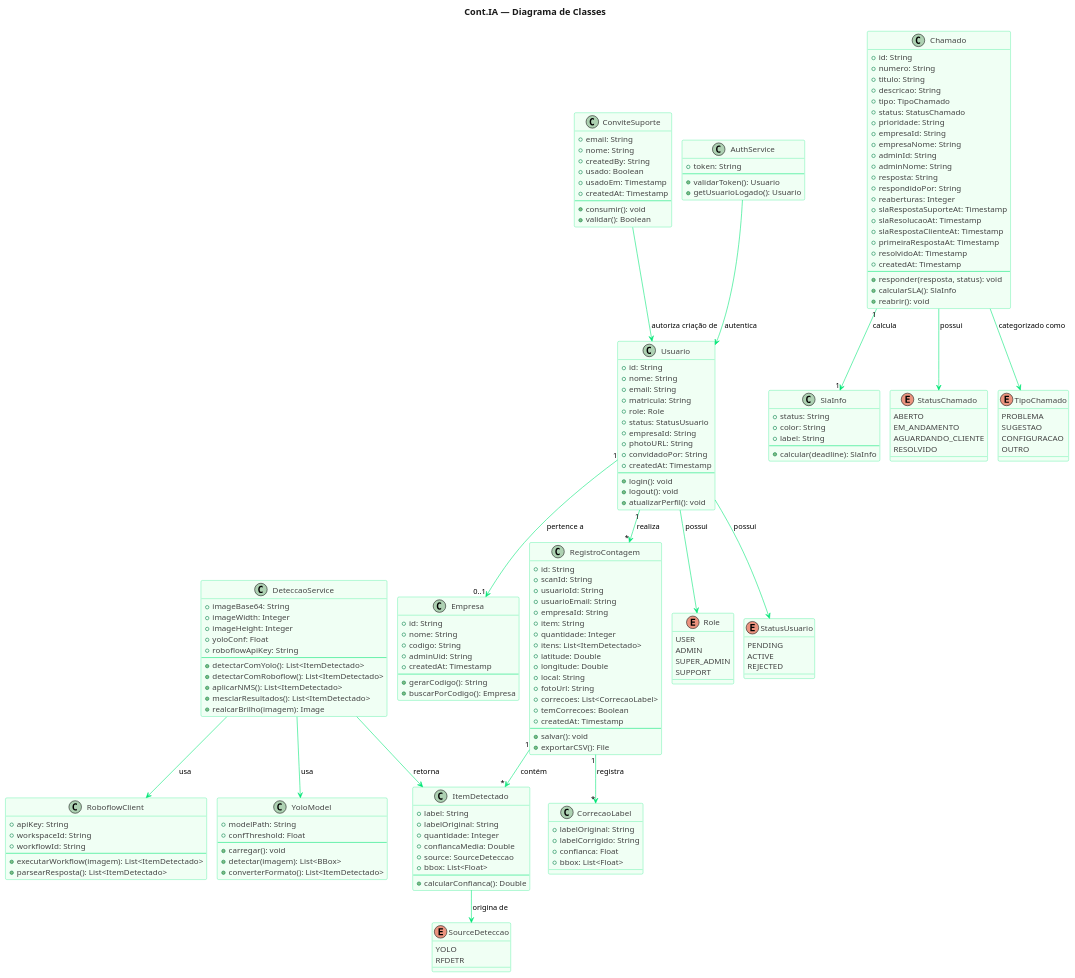
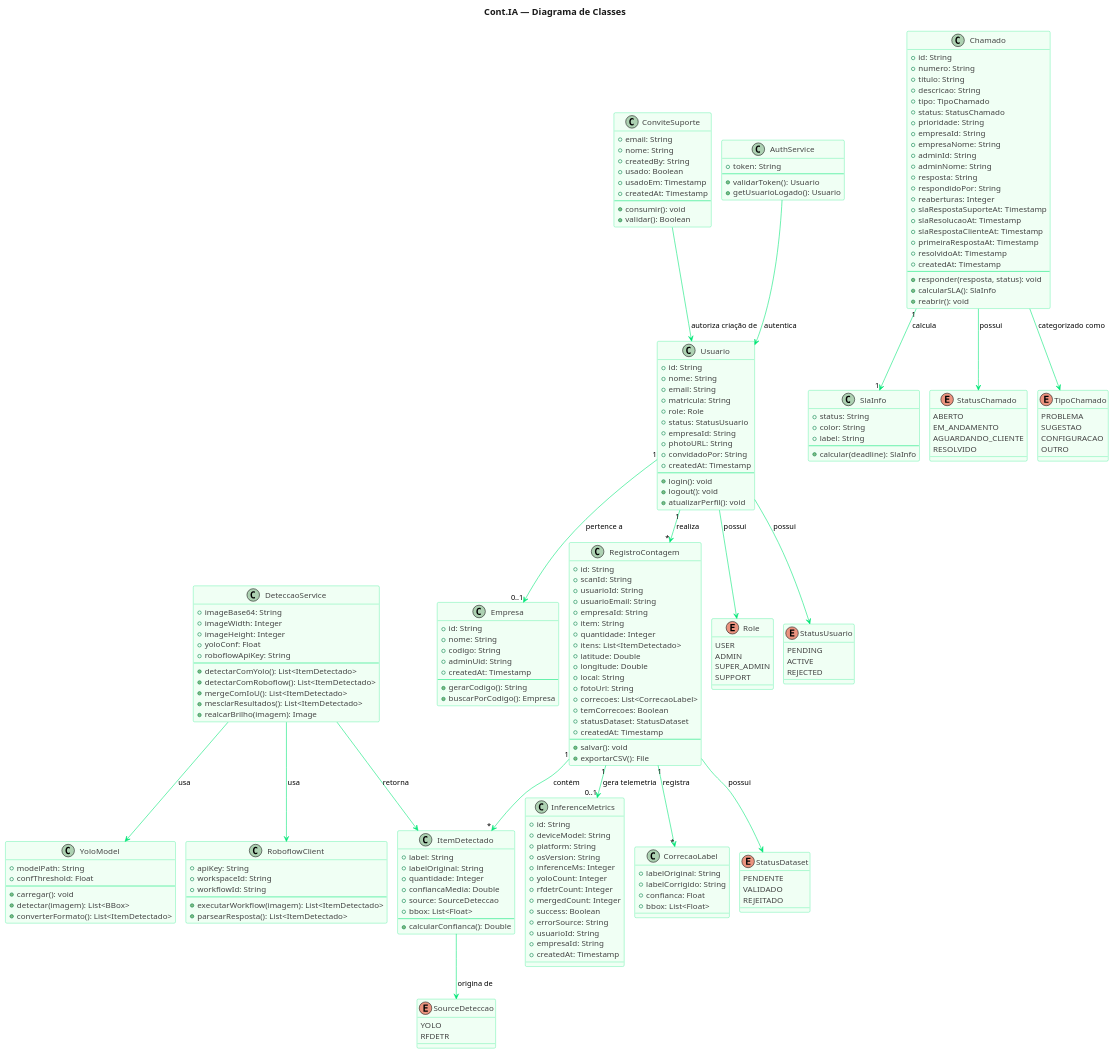
Before and after one commit to JuBertoldo/cont-ia: the diagram in docs/diagramas/03_classes.puml, drawn with PlantUML. The commit also changed 6 other files, not shown here.

First line of the commit message:
docs(diagramas): atualizar 7 diagramas para refletir estado real do código

```diff
--- a/docs/diagramas/03_classes.puml
+++ b/docs/diagramas/03_classes.puml
@@ -56,6 +56,7 @@
     +fotoUrl: String
     +correcoes: List<CorrecaoLabel>
     +temCorrecoes: Boolean
+    +statusDataset: StatusDataset
     +createdAt: Timestamp
     --
     +salvar(): void
@@ -89,7 +90,7 @@
     --
     +detectarComYolo(): List<ItemDetectado>
     +detectarComRoboflow(): List<ItemDetectado>
-    +aplicarNMS(): List<ItemDetectado>
+    +mergeComIoU(): List<ItemDetectado>
     +mesclarResultados(): List<ItemDetectado>
     +realcarBrilho(imagem): Image
 }
@@ -198,6 +199,28 @@
     RFDETR
 }
 
+enum StatusDataset {
+    PENDENTE
+    VALIDADO
+    REJEITADO
+}
+
+class InferenceMetrics {
+    +id: String
+    +deviceModel: String
+    +platform: String
+    +osVersion: String
+    +inferenceMs: Integer
+    +yoloCount: Integer
+    +rfdetrCount: Integer
+    +mergedCount: Integer
+    +success: Boolean
+    +errorSource: String
+    +usuarioId: String
+    +empresaId: String
+    +createdAt: Timestamp
+}
+
 ' Relacionamentos
 Usuario "1" --> "0..1" Empresa : pertence a
 Usuario "1" --> "*" RegistroContagem : realiza
@@ -209,6 +232,8 @@
 Usuario --> Role : possui
 Usuario --> StatusUsuario : possui
 ItemDetectado --> SourceDeteccao : origina de
+RegistroContagem --> StatusDataset : possui
+RegistroContagem "1" --> "0..1" InferenceMetrics : gera telemetria
 Chamado --> StatusChamado : possui
 Chamado --> TipoChamado : categorizado como
 Chamado "1" --> "1" SlaInfo : calcula
```
